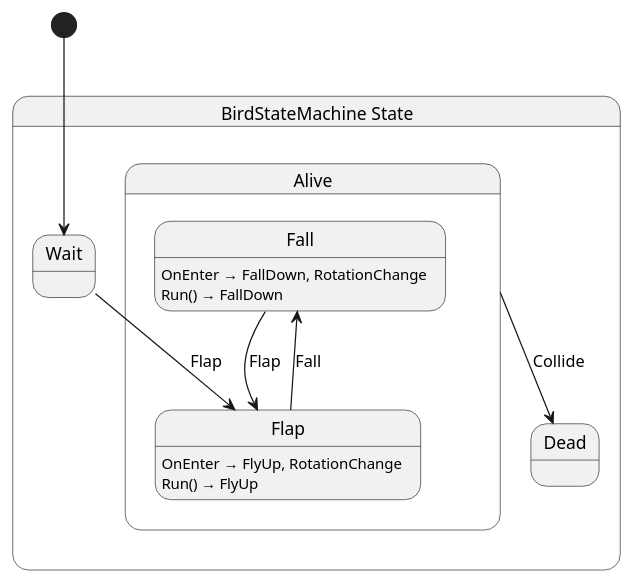
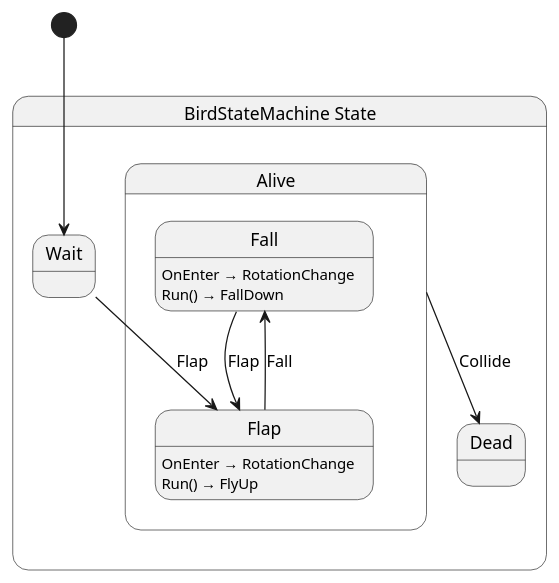
The diagram in src/Game/Creature/Bird/BirdStateMachine.g.puml (fm39hz/FlappyBirdGame), drawn with PlantUML before and after one commit. The commit also changed 3 other files, not shown here.

Commit message:
chore(fly): adjust flap and fall status

```diff
--- a/src/Game/Creature/Bird/BirdStateMachine.g.puml
+++ b/src/Game/Creature/Bird/BirdStateMachine.g.puml
@@ -1,22 +1,22 @@
 @startuml BirdStateMachine
 state "BirdStateMachine State" as FlappyBirdGame_Game_Creature_BirdStateMachine_State {
   state "Alive" as FlappyBirdGame_Game_Creature_BirdStateMachine_State_Alive {
     state "Fall" as FlappyBirdGame_Game_Creature_BirdStateMachine_State_Alive_Fall
     state "Flap" as FlappyBirdGame_Game_Creature_BirdStateMachine_State_Alive_Flap
   }
   state "Dead" as FlappyBirdGame_Game_Creature_BirdStateMachine_State_Dead
   state "Wait" as FlappyBirdGame_Game_Creature_BirdStateMachine_State_Wait
 }
 
 FlappyBirdGame_Game_Creature_BirdStateMachine_State_Alive --> FlappyBirdGame_Game_Creature_BirdStateMachine_State_Dead : Collide
 FlappyBirdGame_Game_Creature_BirdStateMachine_State_Alive_Fall --> FlappyBirdGame_Game_Creature_BirdStateMachine_State_Alive_Flap : Flap
 FlappyBirdGame_Game_Creature_BirdStateMachine_State_Alive_Flap --> FlappyBirdGame_Game_Creature_BirdStateMachine_State_Alive_Fall : Fall
 FlappyBirdGame_Game_Creature_BirdStateMachine_State_Wait --> FlappyBirdGame_Game_Creature_BirdStateMachine_State_Alive_Flap : Flap
 
-FlappyBirdGame_Game_Creature_BirdStateMachine_State_Alive_Fall : OnEnter → FallDown, RotationChange
+FlappyBirdGame_Game_Creature_BirdStateMachine_State_Alive_Fall : OnEnter → RotationChange
 FlappyBirdGame_Game_Creature_BirdStateMachine_State_Alive_Fall : Run() → FallDown
-FlappyBirdGame_Game_Creature_BirdStateMachine_State_Alive_Flap : OnEnter → FlyUp, RotationChange
+FlappyBirdGame_Game_Creature_BirdStateMachine_State_Alive_Flap : OnEnter → RotationChange
 FlappyBirdGame_Game_Creature_BirdStateMachine_State_Alive_Flap : Run() → FlyUp
 
 [*] --> FlappyBirdGame_Game_Creature_BirdStateMachine_State_Wait
 @enduml
```
